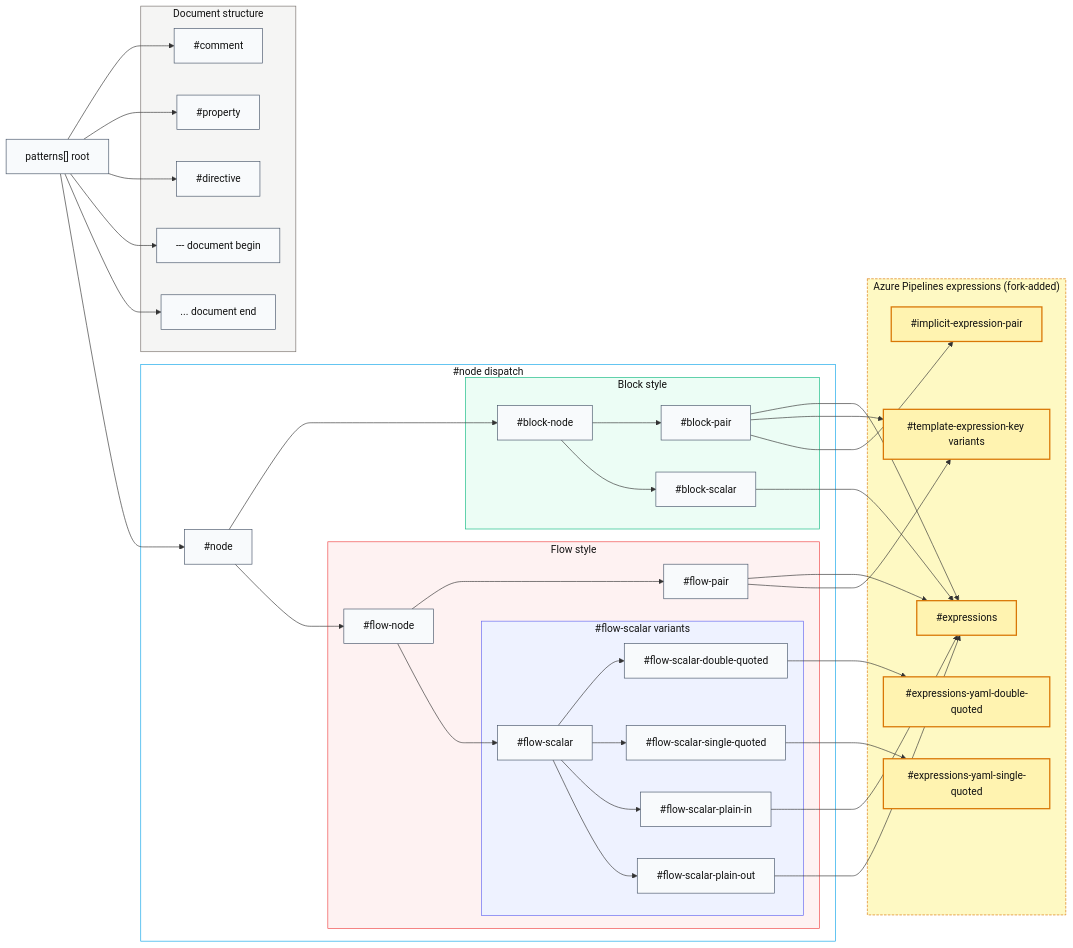
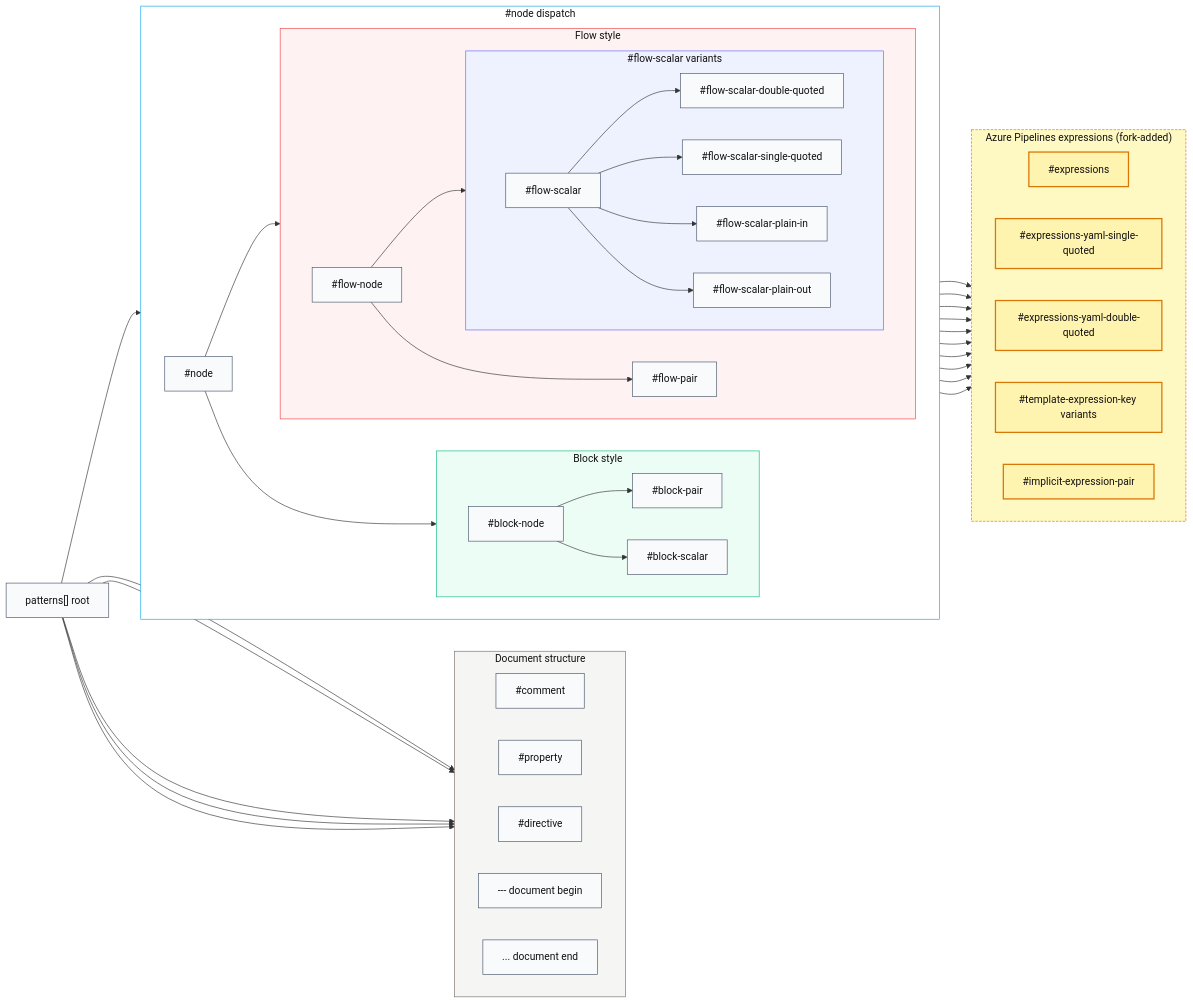
Before and after one commit to coolhome/azure-pipelines-vscode: the fourth of 25 diagrams in syntaxes/yaml.tmLanguage.visualization.md, drawn with Mermaid. The commit also changed other lines of this file, not shown here.

Commit message:
Refactor YAML tmLanguage visualization flowcharts for Azure Pipelines expressions to improve clarity and consistency in scope handling.

```diff
--- a/syntaxes/yaml.tmLanguage.visualization.md
+++ b/syntaxes/yaml.tmLanguage.visualization.md
@@ -119,6 +120,7 @@
     P["patterns[] root"]
 
     subgraph DOC["Document structure"]
+    direction LR
         C["#comment"]
         PR["#property"]
         D["#directive"]
@@ -127,16 +129,20 @@
     end
 
     subgraph NODES["#node dispatch"]
+    direction LR
         N["#node"]
         subgraph BLOCK["Block style"]
+    direction LR
             BN["#block-node"]
             BP["#block-pair"]
             BS["#block-scalar"]
         end
         subgraph FLOW["Flow style"]
+    direction LR
             FN["#flow-node"]
             FP["#flow-pair"]
             subgraph FSCALAR["#flow-scalar variants"]
+    direction LR
                 FS["#flow-scalar"]
                 FSDQ["#flow-scalar-double-quoted"]
                 FSSQ["#flow-scalar-single-quoted"]
@@ -147,6 +153,7 @@
     end
 
     subgraph AZP["Azure Pipelines expressions (fork-added)"]
+    direction LR
         EX["#expressions"]
         EXSQ["#expressions-yaml-single-quoted"]
         EXDQ["#expressions-yaml-double-quoted"]
```
